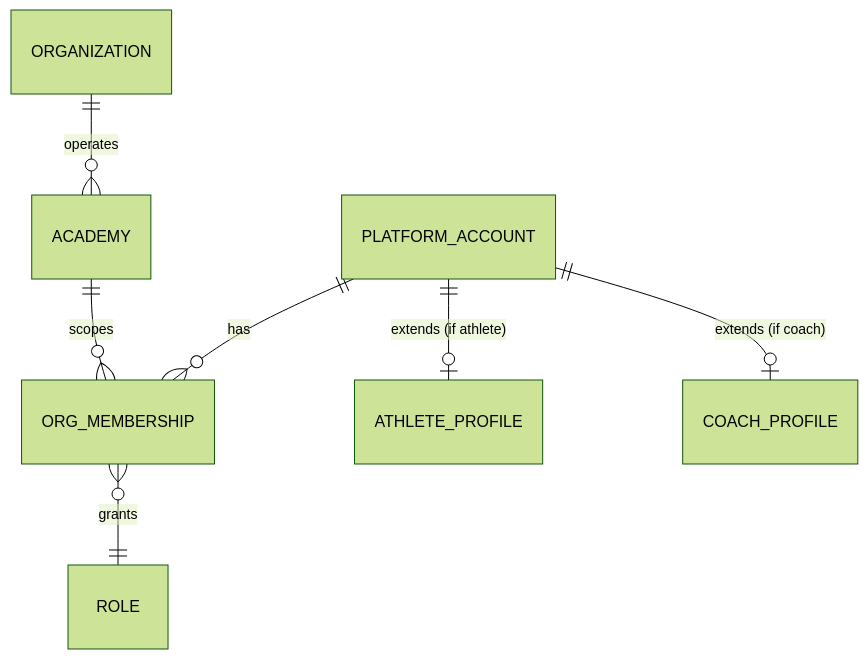
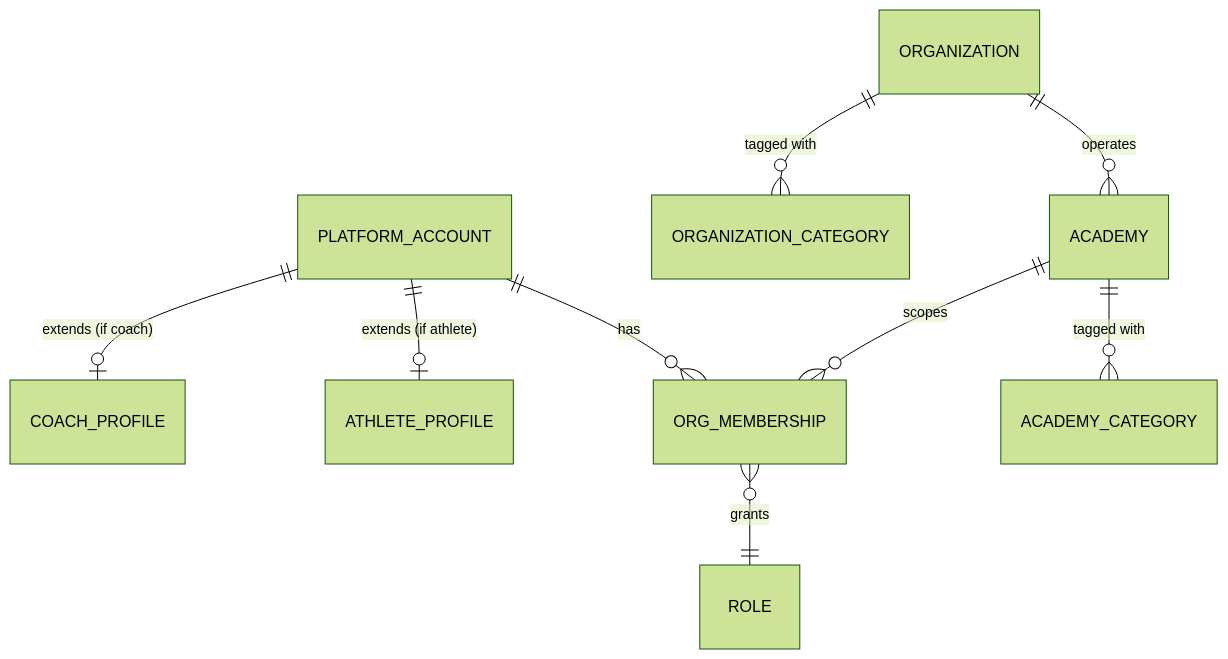
The first of 3 diagrams in docs/11-database-schema.md (gurjeetsingh4326/Elite_sports_and_fitness), drawn with Mermaid (forest theme) before and after one commit. The commit also changed other lines of this file and 4 other files, not shown here.

First line of the commit message:
Update docs for multi-tenancy, multi-category, and Academy Classes

````diff
--- a/docs/11-database-schema.md
+++ b/docs/11-database-schema.md
@@ -10,9 +10,11 @@
 ```mermaid
 erDiagram
     PLATFORM_ACCOUNT ||--o{ ORG_MEMBERSHIP : has
     PLATFORM_ACCOUNT ||--o| ATHLETE_PROFILE : "extends (if athlete)"
     PLATFORM_ACCOUNT ||--o| COACH_PROFILE : "extends (if coach)"
     ORGANIZATION ||--o{ ACADEMY : operates
+    ORGANIZATION ||--o{ ORGANIZATION_CATEGORY : "tagged with"
+    ACADEMY ||--o{ ACADEMY_CATEGORY : "tagged with"
     ACADEMY ||--o{ ORG_MEMBERSHIP : scopes
     ORG_MEMBERSHIP }o--|| ROLE : grants
 ```
````
